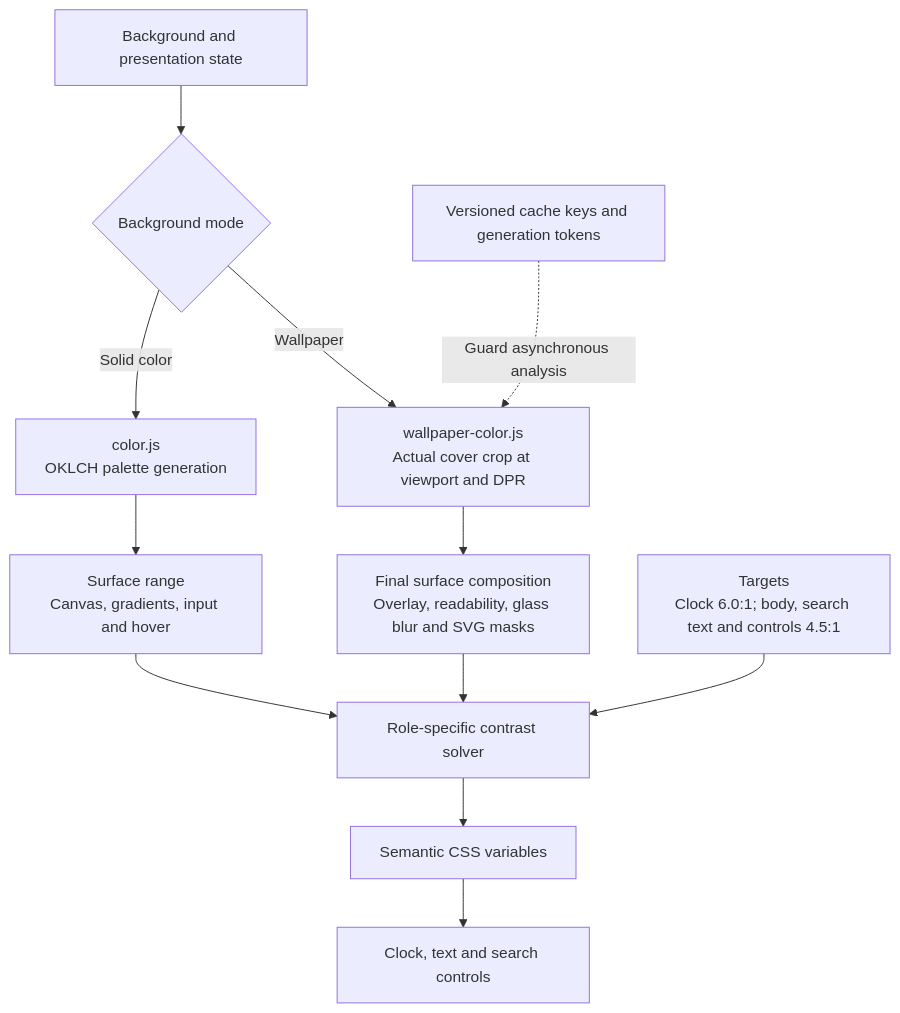
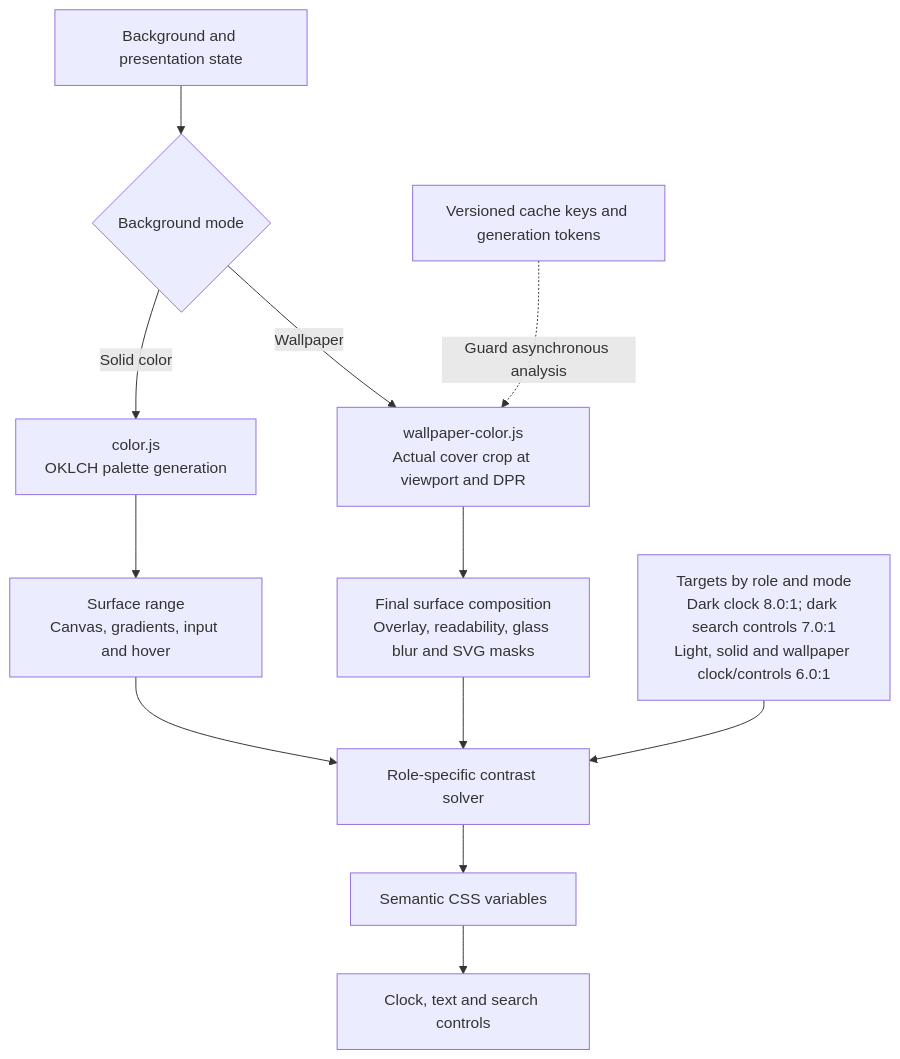
Before and after one commit to Un1quer23/WillowTab: the diagram in README.md, drawn with Mermaid. The commit also changed other lines of this file and 14 other files, not shown here.

````diff
--- a/README.md
+++ b/README.md
@@ -41,14 +41,14 @@
 ```mermaid
 flowchart TD
     A["Background and presentation state"] --> B{"Background mode"}
     B -->|Solid color| C["color.js<br/>OKLCH palette generation"]
     C --> D["Surface range<br/>Canvas, gradients, input and hover"]
     B -->|Wallpaper| E["wallpaper-color.js<br/>Actual cover crop at viewport and DPR"]
     E --> F["Final surface composition<br/>Overlay, readability, glass blur and SVG masks"]
     D --> G["Role-specific contrast solver"]
     F --> G
-    H["Targets<br/>Clock 6.0:1; body, search text and controls 4.5:1"] --> G
+    H["Targets by role and mode<br/>Dark clock 8.0:1; dark search controls 7.0:1<br/>Light, solid and wallpaper clock/controls 6.0:1"] --> G
     G --> I["Semantic CSS variables"]
     I --> J["Clock, text and search controls"]
     K["Versioned cache keys and generation tokens"] -. Guard asynchronous analysis .-> E
 ```
````
